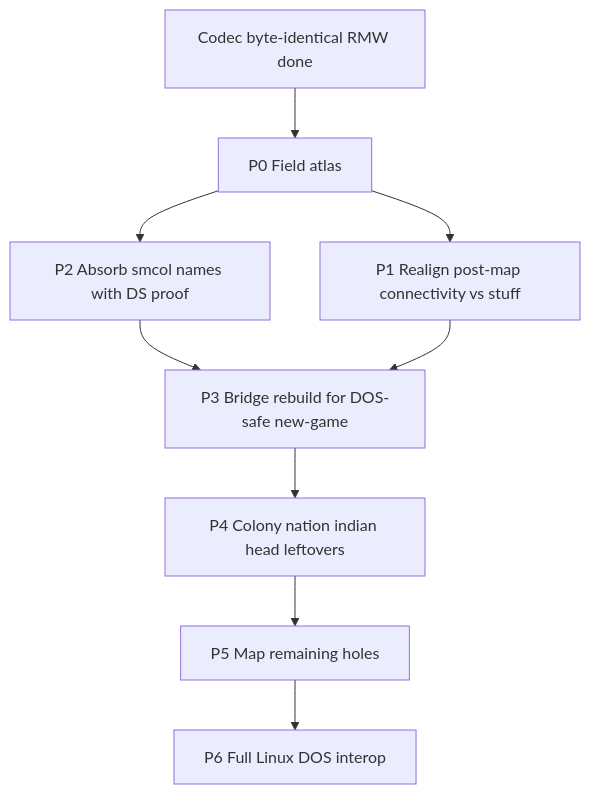
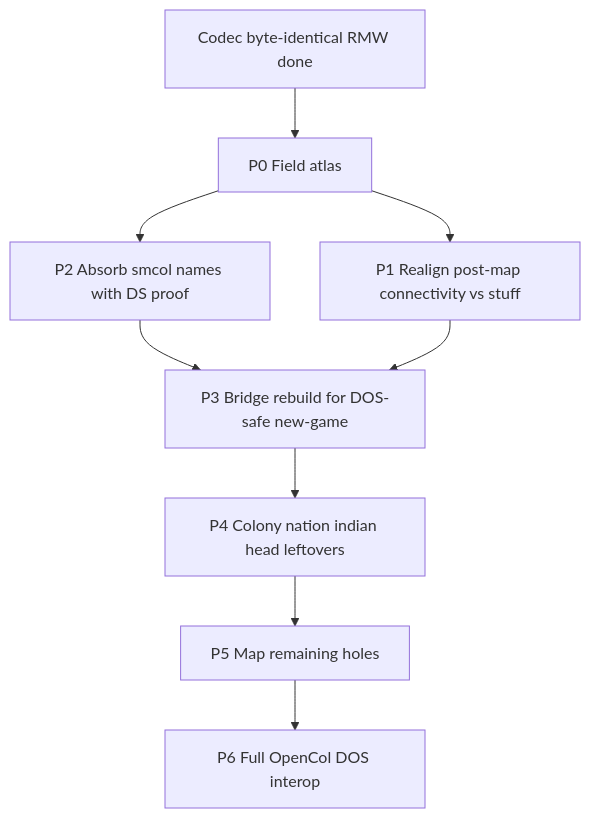
The diagram in docs/save_format_map.md (AbuDhabi/linux-colonize), drawn with Mermaid before and after one commit. The commit also changed other lines of this file and 121 other files, not shown here.

````diff
--- a/docs/save_format_map.md
+++ b/docs/save_format_map.md
@@ -352,19 +352,19 @@
 ```mermaid
 flowchart TB
   codec[Codec byte-identical RMW done]
   atlas[P0 Field atlas]
   absorb[P2 Absorb smcol names with DS proof]
   connect[P1 Realign post-map connectivity vs stuff]
   export[P3 Bridge rebuild for DOS-safe new-game]
   deep[P4 Colony nation indian head leftovers]
   p5[P5 Map remaining holes]
-  p6[P6 Full Linux DOS interop]
+  p6[P6 Full OpenCol DOS interop]
   codec --> atlas
   atlas --> absorb
   atlas --> connect
   absorb --> export
   connect --> export
   export --> deep
   deep --> p5
   p5 --> p6
 ```
````
